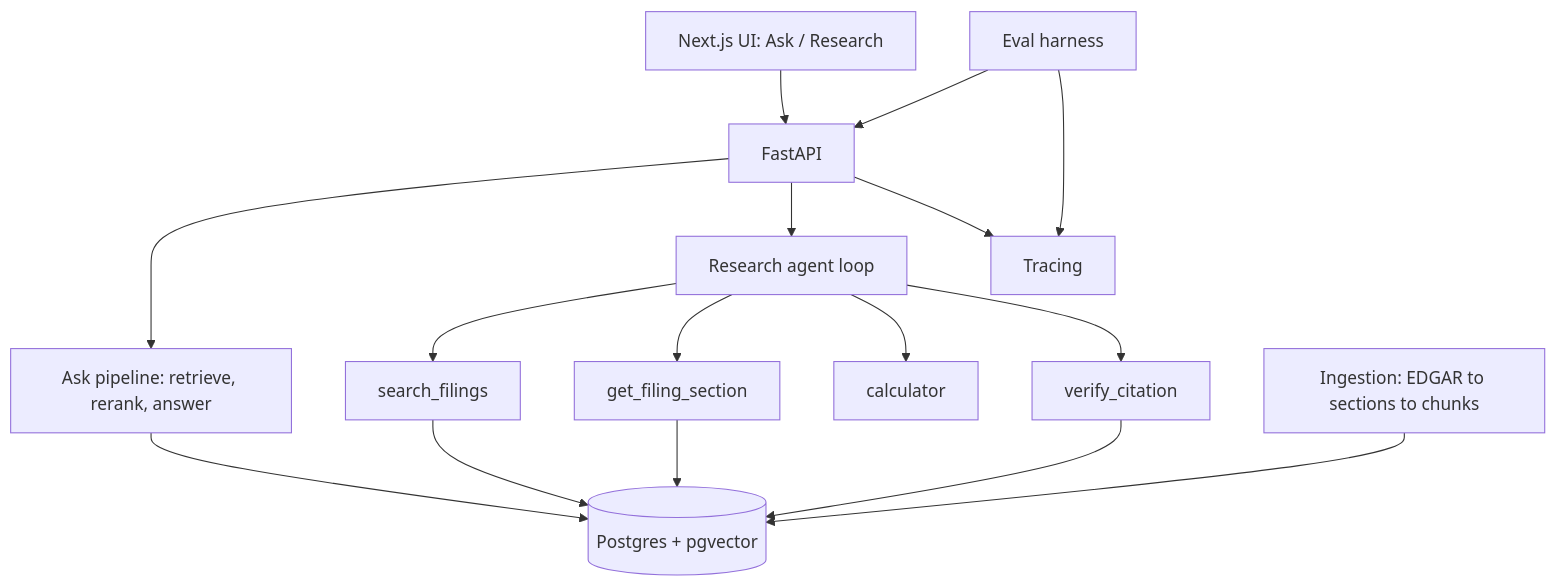
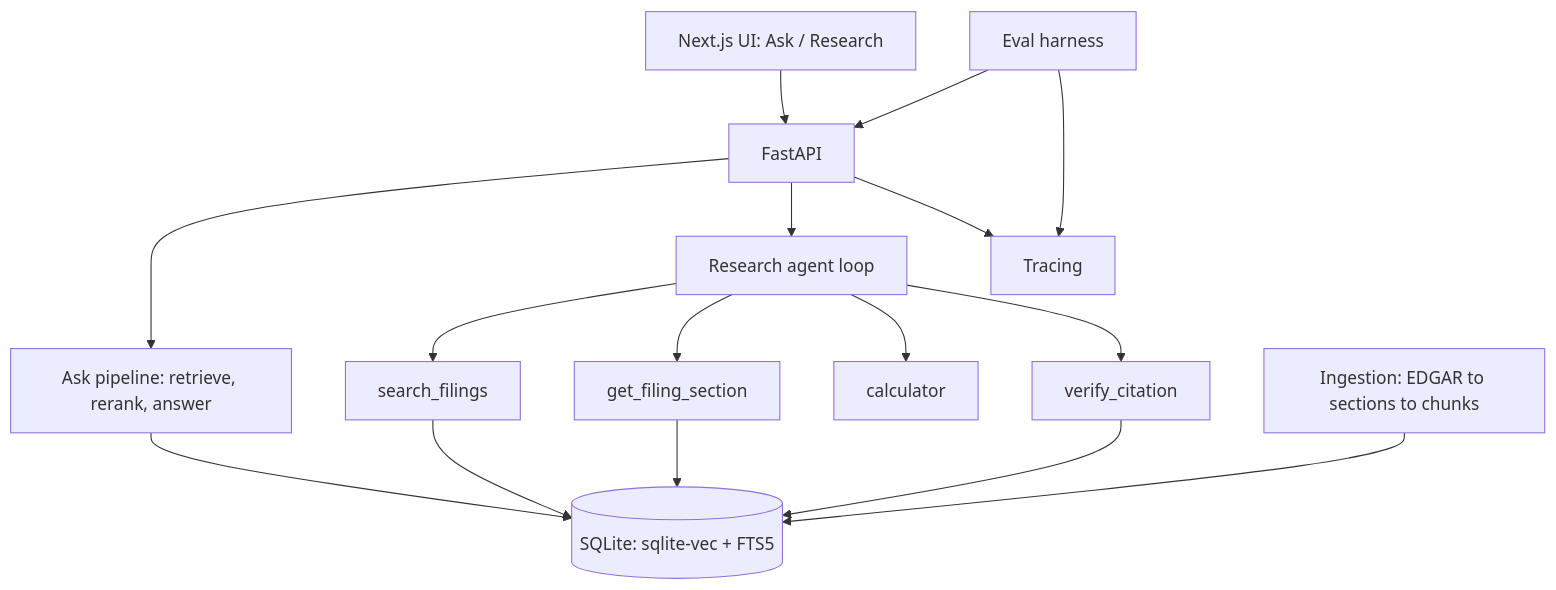
Before and after one commit to Michae1Park/10k-agent: the diagram in docs/project-plan.md, drawn with Mermaid. The commit also changed other lines of this file, not shown here.

Commit message:
docs: refocus plan on how, switch to SQLite, defer XBRL tool to V5

````diff
--- a/docs/project-plan.md
+++ b/docs/project-plan.md
@@ -105,18 +24,18 @@
 ```mermaid
 flowchart TD
   UI[Next.js UI: Ask / Research] --> API[FastAPI]
   API --> ASK[Ask pipeline: retrieve, rerank, answer]
   API --> AGENT[Research agent loop]
   AGENT --> T1[search_filings]
   AGENT --> T2[get_filing_section]
   AGENT --> T3[calculator]
   AGENT --> T4[verify_citation]
-  ASK --> DB[(Postgres + pgvector)]
+  ASK --> DB[(SQLite: sqlite-vec + FTS5)]
   T1 --> DB
   T2 --> DB
   T4 --> DB
   ING[Ingestion: EDGAR to sections to chunks] --> DB
   API --> TR[Tracing]
   EVAL[Eval harness] --> API
   EVAL --> TR
 ```
````
